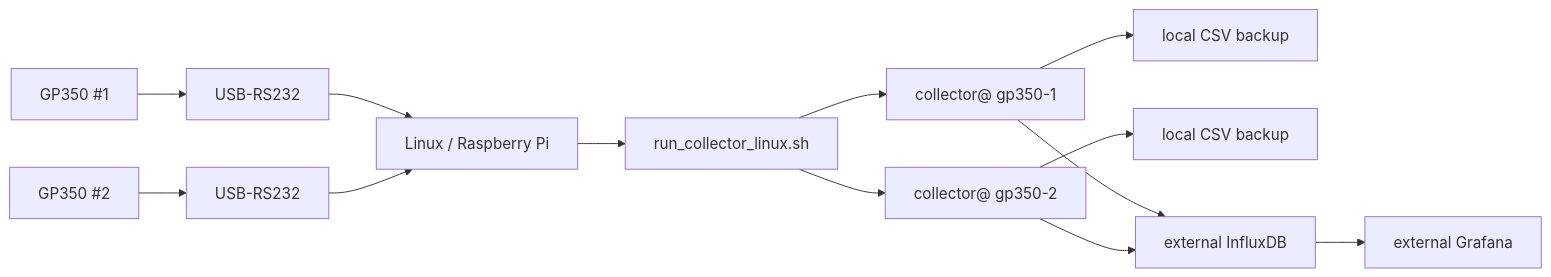
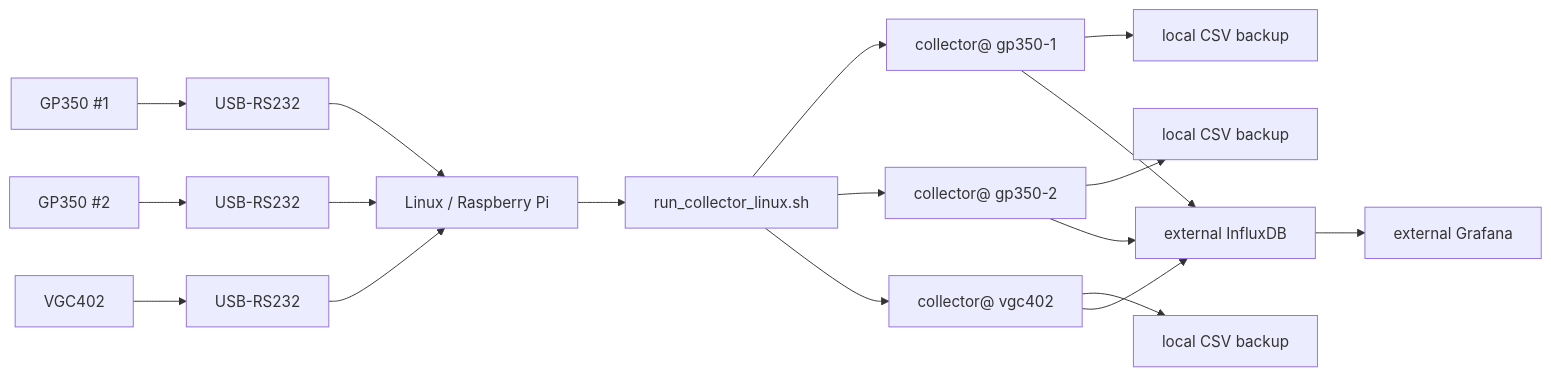
Before and after one commit to alphatra/vacuum-instrument-monitor: the first of 2 diagrams in docs/linux_systemd_runner.md, drawn with Mermaid. The commit also changed other lines of this file and 45 other files, not shown here.

````diff
--- a/docs/linux_systemd_runner.md
+++ b/docs/linux_systemd_runner.md
@@ -9,15 +9,20 @@
 ```mermaid
 flowchart LR
     GP1["GP350 #1"] --> USB1["USB-RS232"]
     GP2["GP350 #2"] --> USB2["USB-RS232"]
+    VGC["VGC402"] --> USB3["USB-RS232"]
     USB1 --> Linux["Linux / Raspberry Pi"]
     USB2 --> Linux
+    USB3 --> Linux
     Linux --> Runner["run_collector_linux.sh"]
     Runner --> C1["collector@ gp350-1"]
     Runner --> C2["collector@ gp350-2"]
+    Runner --> C3["collector@ vgc402"]
     C1 --> CSV1["local CSV backup"]
     C2 --> CSV2["local CSV backup"]
+    C3 --> CSV3["local CSV backup"]
     C1 --> Influx["external InfluxDB"]
     C2 --> Influx
+    C3 --> Influx
     Influx --> Grafana["external Grafana"]
 ```
````
